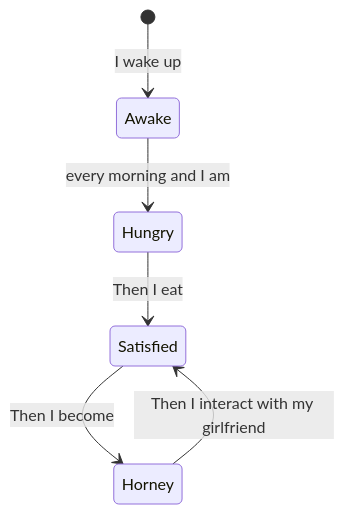
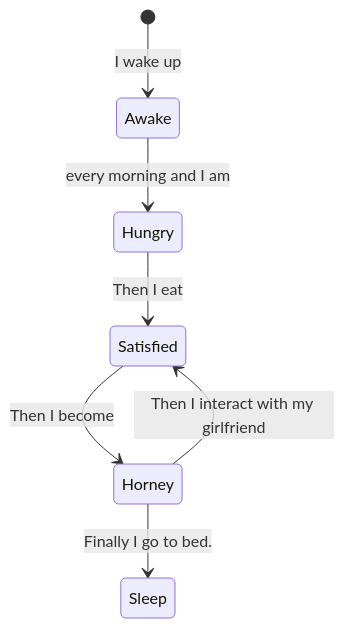
Before and after one commit to tconn93/MasteringMarkdown: the fifth of 6 diagrams in README.md, drawn with Mermaid.

````diff
--- a/README.md
+++ b/README.md
@@ -85,9 +85,9 @@
 ```mermaid
 stateDiagram-v2
 	[*] --> Awake : I wake up
 	Awake --> Hungry : every morning and I am
 	Hungry --> Satisfied : Then I eat
 	Satisfied --> Horney : Then I become 
 	Horney --> Satisfied : Then I interact with my girlfriend
-
+	Horney --> Sleep : Finally I go to bed.
 ```
````
